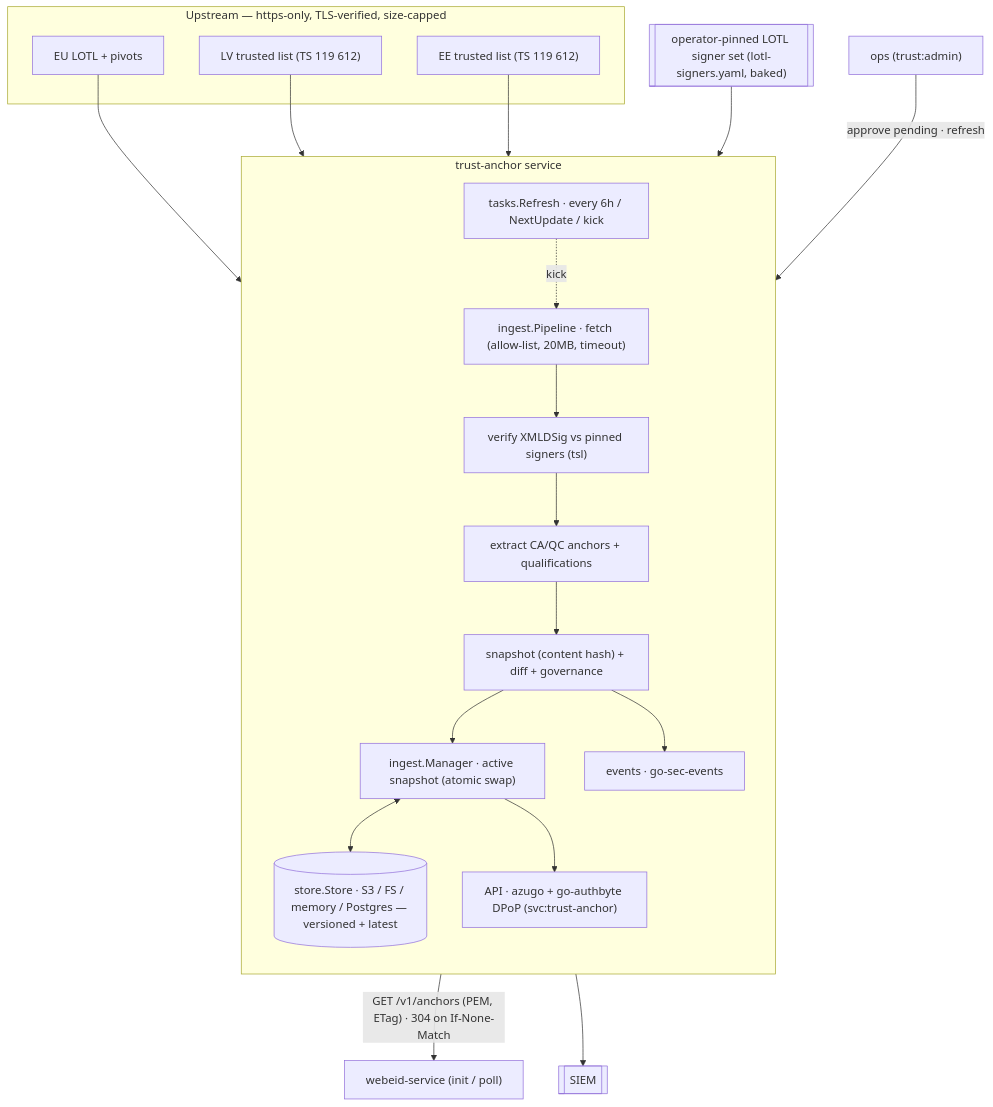
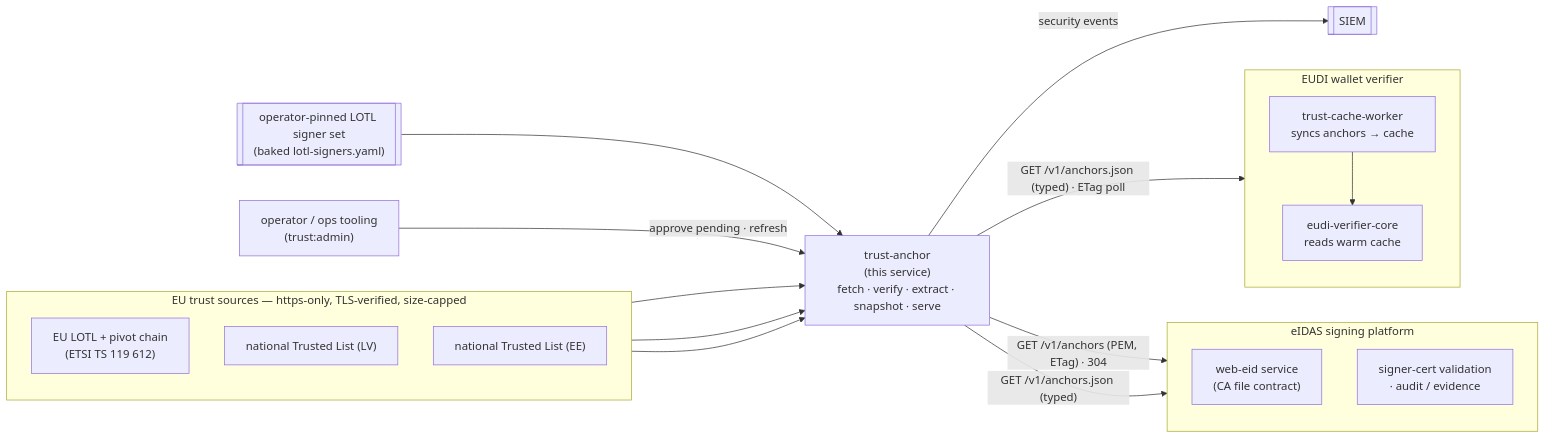
The first of 3 diagrams in README.md (go-make-bytes/trust-anchor), drawn with Mermaid before and after one commit. The commit also changed other lines of this file and 12 other files, not shown here.

````diff
--- a/README.md
+++ b/README.md
@@ -17,36 +17,38 @@
 ```mermaid
-flowchart TB
-    subgraph UP["Upstream — https-only, TLS-verified, size-capped"]
-        LOTL["EU LOTL + pivots"]
-        LV["LV trusted list (TS 119 612)"]
-        EE["EE trusted list (TS 119 612)"]
+flowchart LR
+    subgraph UP["EU trust sources — https-only, TLS-verified, size-capped"]
+        direction TB
+        LOTL["EU LOTL + pivot chain<br/>(ETSI TS 119 612)"]
+        LV["national Trusted List (LV)"]
+        EE["national Trusted List (EE)"]
     end
 
-    subgraph TA["trust-anchor service"]
+    TA["trust-anchor<br/>(this service)<br/>fetch · verify · extract · snapshot · serve"]
+
+    subgraph SIGN["eIDAS signing platform"]
         direction TB
-        FETCH["ingest.Pipeline · fetch (allow-list, 20MB, timeout)"]
-        VERIFY["verify XMLDSig vs pinned signers (tsl)"]
-        EXTRACT["extract CA/QC anchors + qualifications"]
-        SNAP["snapshot (content hash) + diff + governance"]
-        MGR["ingest.Manager · active snapshot (atomic swap)"]
-        STORE[("store.Store · S3 / FS / memory / Postgres — versioned + latest")]
-        REFRESH["tasks.Refresh · every 6h / NextUpdate / kick"]
-        EVENTS["events · go-sec-events"]
-        API["API · azugo + go-authbyte DPoP (svc:trust-anchor)"]
-
-        FETCH --> VERIFY --> EXTRACT --> SNAP --> MGR
-        MGR <--> STORE
-        REFRESH -. kick .-> FETCH
-        SNAP --> EVENTS
-        MGR --> API
+        WEBEID["web-eid service<br/>(CA file contract)"]
+        SIGVAL["signer-cert validation<br/>· audit / evidence"]
     end
 
-    LOTL --> FETCH
-    LV --> FETCH
-    EE --> FETCH
-    BOOTSTRAP[["operator-pinned LOTL signer set (lotl-signers.yaml, baked)"]] --> VERIFY
+    subgraph EUDI["EUDI wallet verifier"]
+        direction TB
+        TCW["trust-cache-worker<br/>syncs anchors → cache"]
+        VC["eudi-verifier-core<br/>reads warm cache"]
+    end
 
-    API -->|"GET /v1/anchors (PEM, ETag) · 304 on If-None-Match"| WEBEID["webeid-service (init / poll)"]
-    OPS["ops (trust:admin)"] -->|"approve pending · refresh"| API
-    EVENTS --> SIEM[["SIEM"]]
+    OPS["operator / ops tooling<br/>(trust:admin)"]
+    SIEM[["SIEM"]]
+
+    LOTL --> TA
+    LV --> TA
+    EE --> TA
+    BOOT[["operator-pinned LOTL signer set<br/>(baked lotl-signers.yaml)"]] --> TA
+
+    TA -->|"GET /v1/anchors (PEM, ETag) · 304"| WEBEID
+    TA -->|"GET /v1/anchors.json (typed)"| SIGVAL
+    TA -->|"GET /v1/anchors.json (typed) · ETag poll"| TCW
+    TCW --> VC
+    OPS -->|"approve pending · refresh"| TA
+    TA -->|"security events"| SIEM
 ```
````
